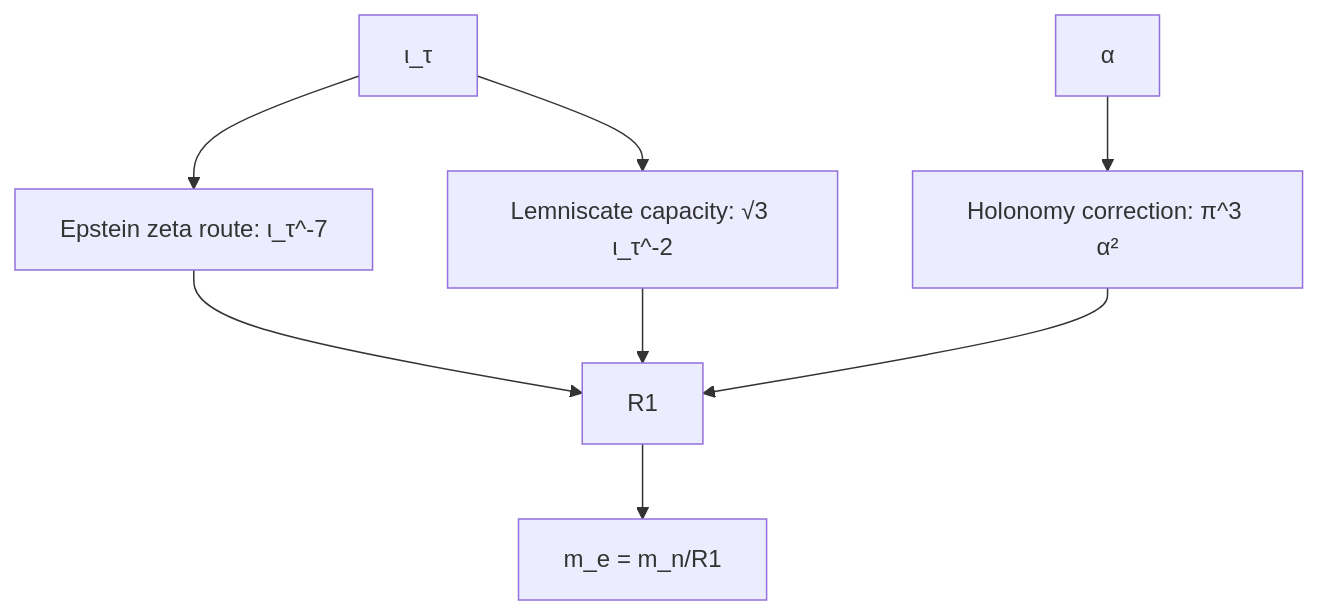
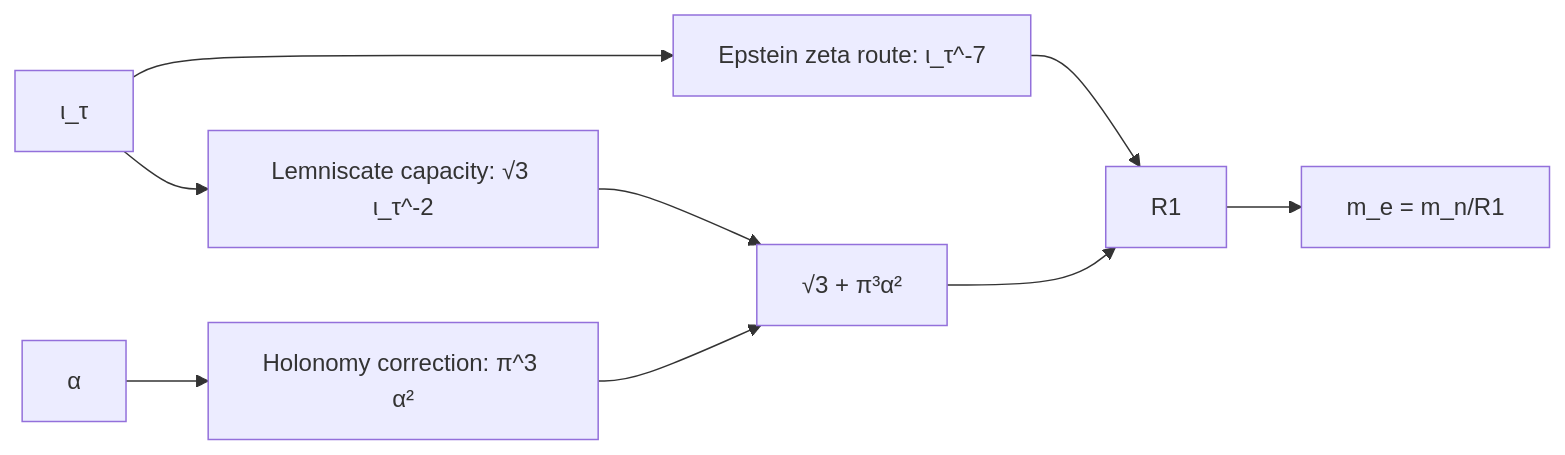
One commit to Panta-Rhei-Research/site changed the diagram in assets/data/calibration/diagrams/r1.mmd. Above: the diagram before and after it, drawn with Mermaid. The commit also changed 42 other files, not shown here.

```diff
--- a/assets/data/calibration/diagrams/r1.mmd
+++ b/assets/data/calibration/diagrams/r1.mmd
@@ -1,8 +1,9 @@
-flowchart TD
+flowchart LR
   iota["ι_τ"] --> epstein["Epstein zeta route: ι_τ^-7"]
   iota --> capacity["Lemniscate capacity: √3 ι_τ^-2"]
   alpha["α"] --> holonomy["Holonomy correction: π^3 α²"]
+  capacity --> bracket["√3 + π³α²"]
+  holonomy --> bracket
   epstein --> R1["R1"]
-  capacity --> R1
-  holonomy --> R1
+  bracket --> R1
   R1 --> me["m_e = m_n/R1"]
```
